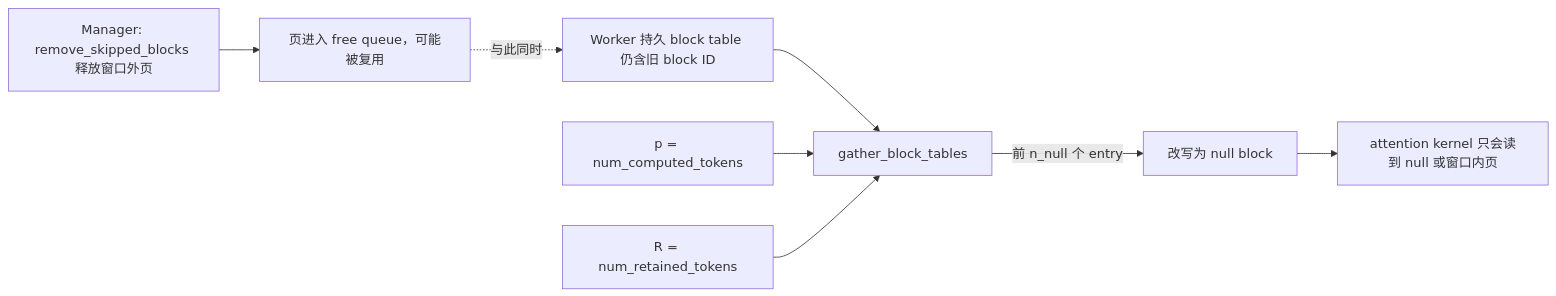
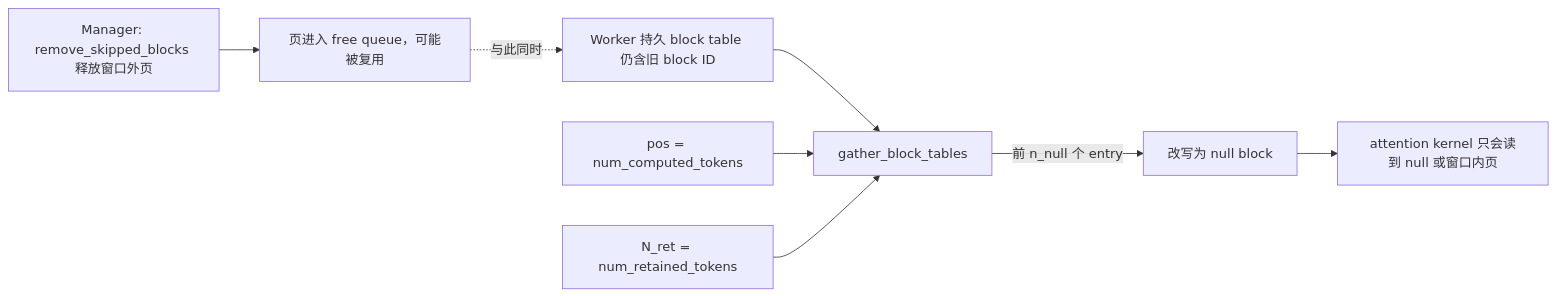
Diagram 33 of 36 in book/05-kv-cache/README.md (cluster1900/vllm_reader), drawn with Mermaid before and after one commit. The commit also changed other lines of this file, not shown here.

First line of the commit message:
docs(ch05): F/D 批次 B4 — 公式模板、推导算例、改名与必做图 (#24)

````diff
--- a/book/05-kv-cache/README.md
+++ b/book/05-kv-cache/README.md
@@ -1663,10 +2063,10 @@
 ```mermaid
 flowchart LR
     M[Manager: remove_skipped_blocks 释放窗口外页] --> RU[页进入 free queue，可能被复用]
     RU -. 与此同时 .-> TB[Worker 持久 block table 仍含旧 block ID]
     TB --> G[gather_block_tables]
-    P[p = num_computed_tokens] --> G
-    R2[R = num_retained_tokens] --> G
+    P[pos = num_computed_tokens] --> G
+    R2[N_ret = num_retained_tokens] --> G
     G -->|前 n_null 个 entry| NULL[改写为 null block]
     NULL --> K[attention kernel 只会读到 null 或窗口内页]
 ```
````
